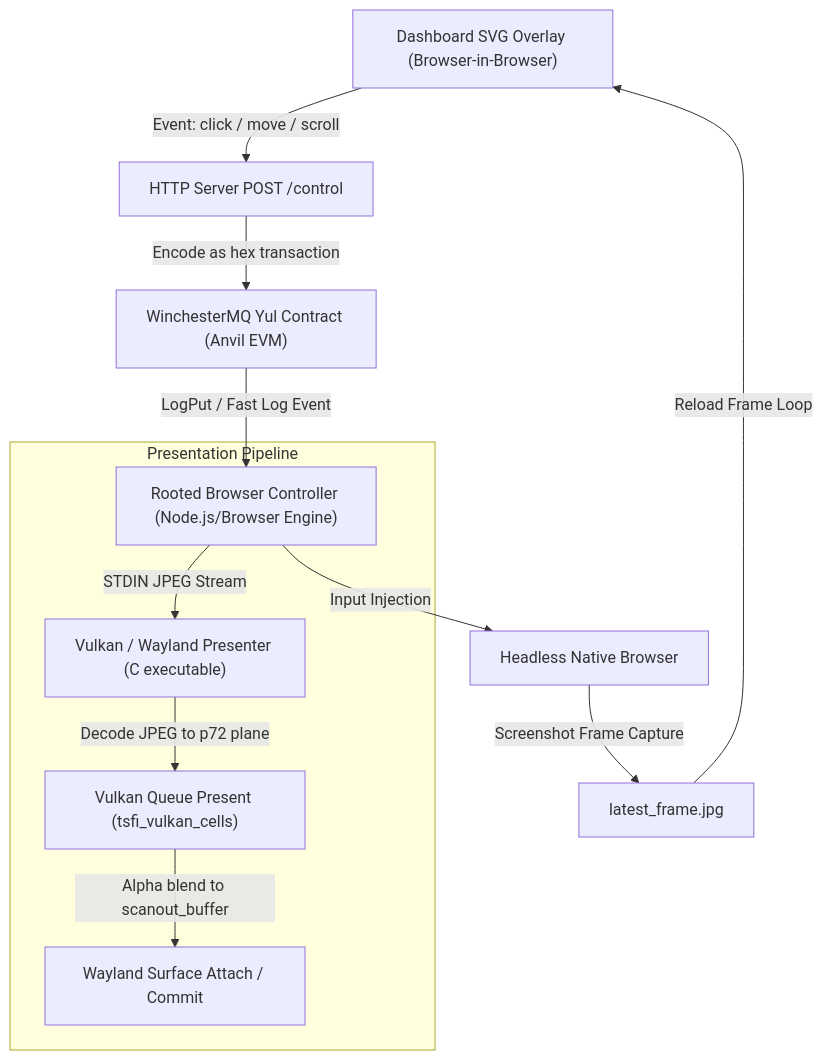
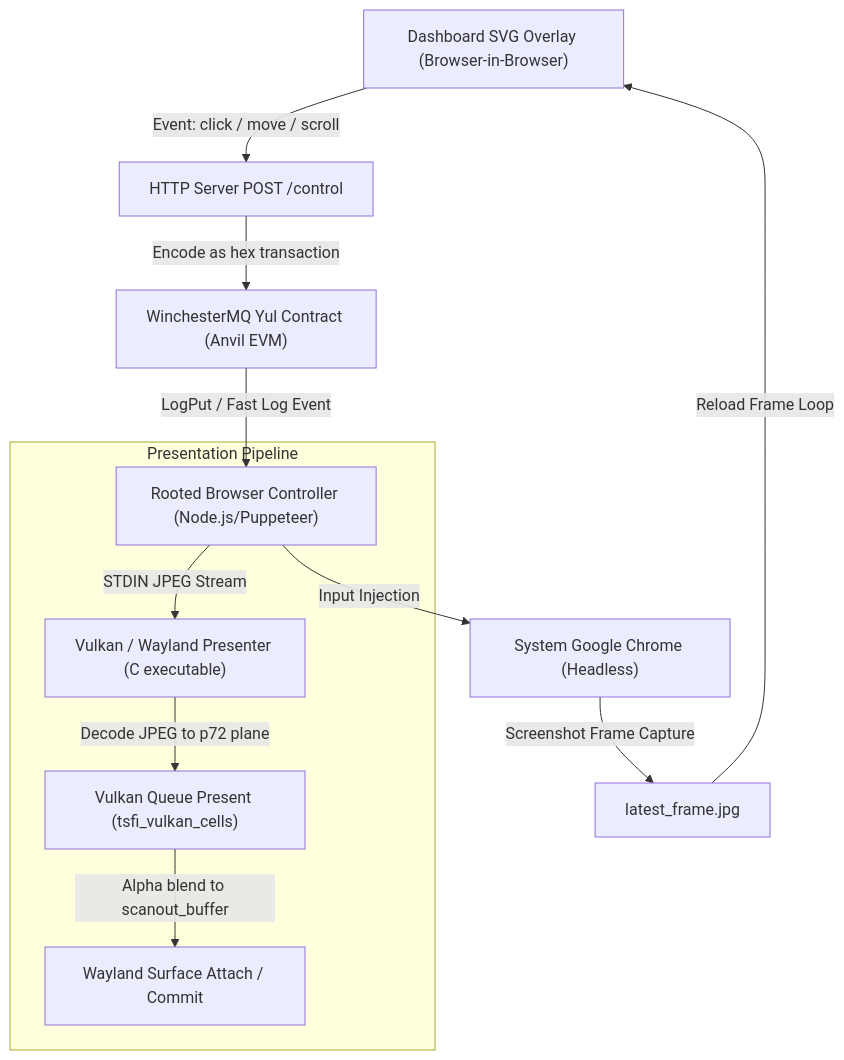
The diagram in lore/transcendent_control_framework.md (busytoby/atropa_pulsechain), drawn with Mermaid before and after one commit. The commit also changed other lines of this file and 84 other files, not shown here.

````diff
--- a/lore/transcendent_control_framework.md
+++ b/lore/transcendent_control_framework.md
@@ -5,15 +5,15 @@
 ```mermaid
 graph TD
     UserInterface["Dashboard SVG Overlay (Browser-in-Browser)"] -->|Event: click / move / scroll| ControlEndpoint["HTTP Server POST /control"]
     ControlEndpoint -->|Encode as hex transaction| WinchesterMQ["WinchesterMQ Yul Contract (Anvil EVM)"]
-    WinchesterMQ -->|LogPut / Fast Log Event| BrowserController["Rooted Browser Controller (Node.js/Browser Engine)"]
-    BrowserController -->|Input Injection| ChromeBrowser["Headless Native Browser"]
+    WinchesterMQ -->|LogPut / Fast Log Event| BrowserController["Rooted Browser Controller (Node.js/Puppeteer)"]
+    BrowserController -->|Input Injection| ChromeBrowser["System Google Chrome (Headless)"]
     ChromeBrowser -->|Screenshot Frame Capture| ImageFrame["latest_frame.jpg"]
     ImageFrame -->|Reload Frame Loop| UserInterface
     
     subgraph Presentation Pipeline
         BrowserController -->|STDIN JPEG Stream| VulkanPresenter["Vulkan / Wayland Presenter (C executable)"]
         VulkanPresenter -->|Decode JPEG to p72 plane| VulkanCompositor["Vulkan Queue Present (tsfi_vulkan_cells)"]
         VulkanCompositor -->|Alpha blend to scanout_buffer| WaylandCompositor["Wayland Surface Attach / Commit"]
     end
 ```
````
